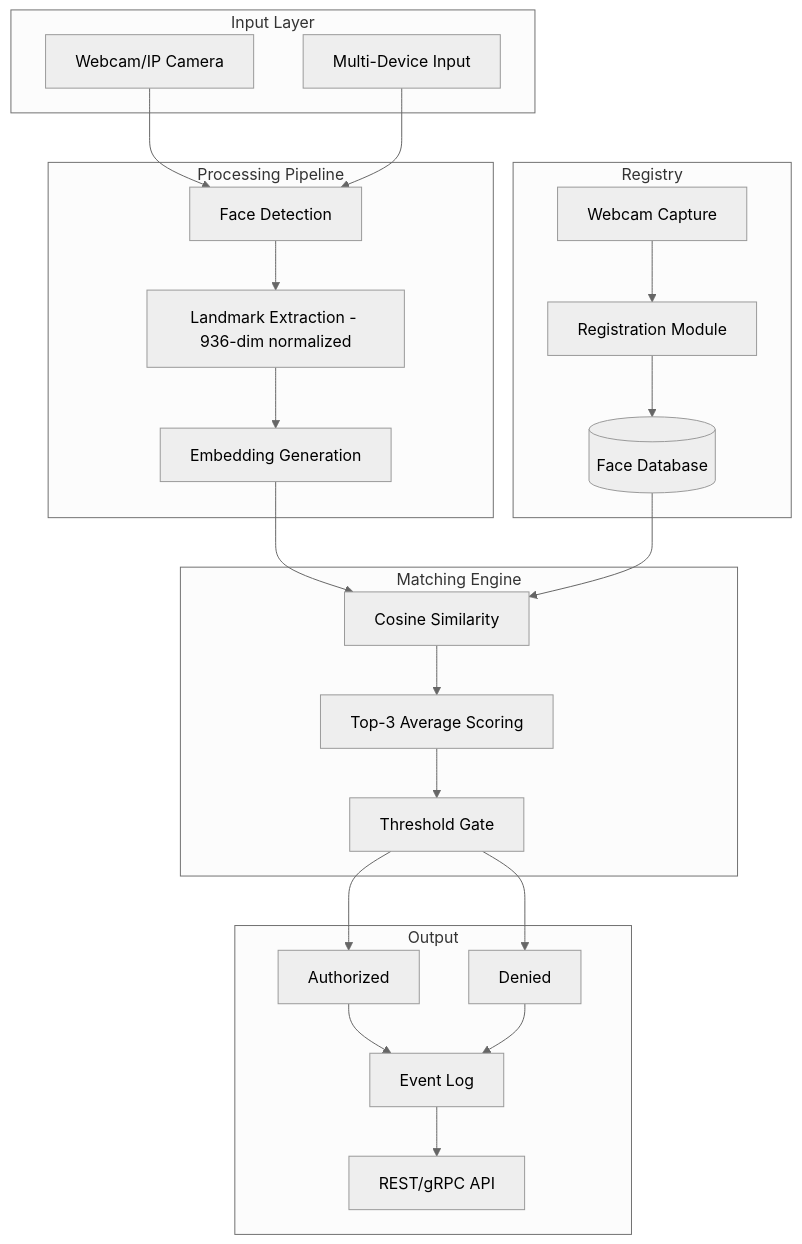
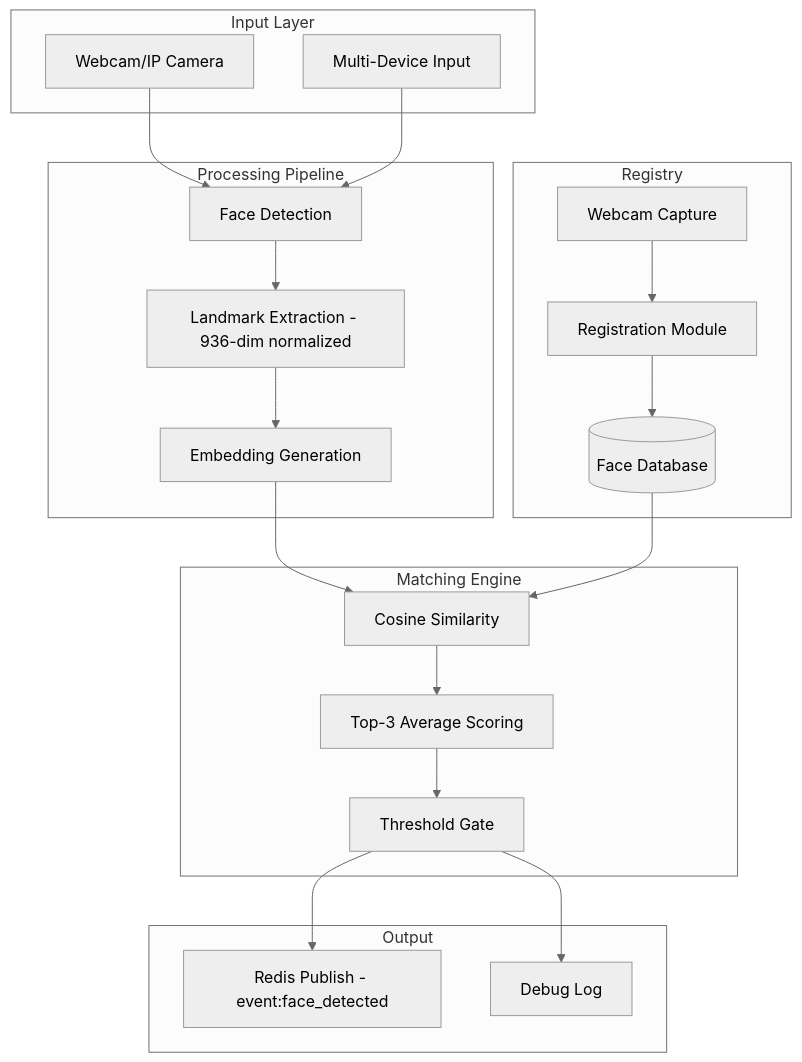
Before and after one commit to AyamGorengMadura/lazarus-guard: the diagram in README.md, drawn with Mermaid (neutral theme). The commit also changed other lines of this file, not shown here.

````diff
--- a/README.md
+++ b/README.md
@@ -25,48 +25,43 @@
 ```mermaid
 graph TB
     subgraph Input Layer
         CAM[Webcam/IP Camera]
         MULTI[Multi-Device Input]
     end
 
     subgraph Processing Pipeline
         DET[Face Detection]
         LAND[Landmark Extraction - 936-dim normalized]
         EMB[Embedding Generation]
     end
 
     subgraph Matching Engine
         COS[Cosine Similarity]
         TOP3[Top-3 Average Scoring]
         THR[Threshold Gate]
     end
 
     subgraph Registry
         DB[(Face Database)]
         REG[Registration Module]
         PHOTO[Webcam Capture]
     end
 
     subgraph Output
-        AUTH[Authorized]
-        DENY[Denied]
-        LOG[Event Log]
-        API[REST/gRPC API]
+        PUB[Redis Publish - event:face_detected]
+        LOG[Debug Log]
     end
 
     CAM --> DET
     MULTI --> DET
     DET --> LAND
     LAND --> EMB
     EMB --> COS
     DB --> COS
     COS --> TOP3
     TOP3 --> THR
-    THR --> AUTH
-    THR --> DENY
-    AUTH --> LOG
-    DENY --> LOG
-    LOG --> API
+    THR --> PUB
+    THR --> LOG
     PHOTO --> REG
     REG --> DB
 ```
````
